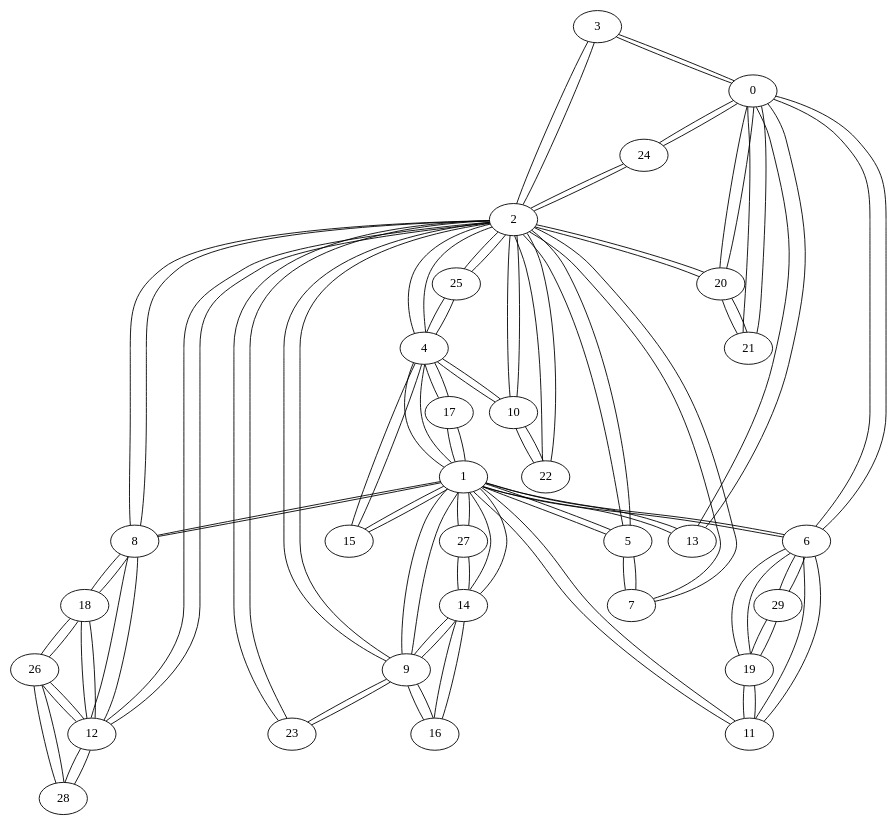
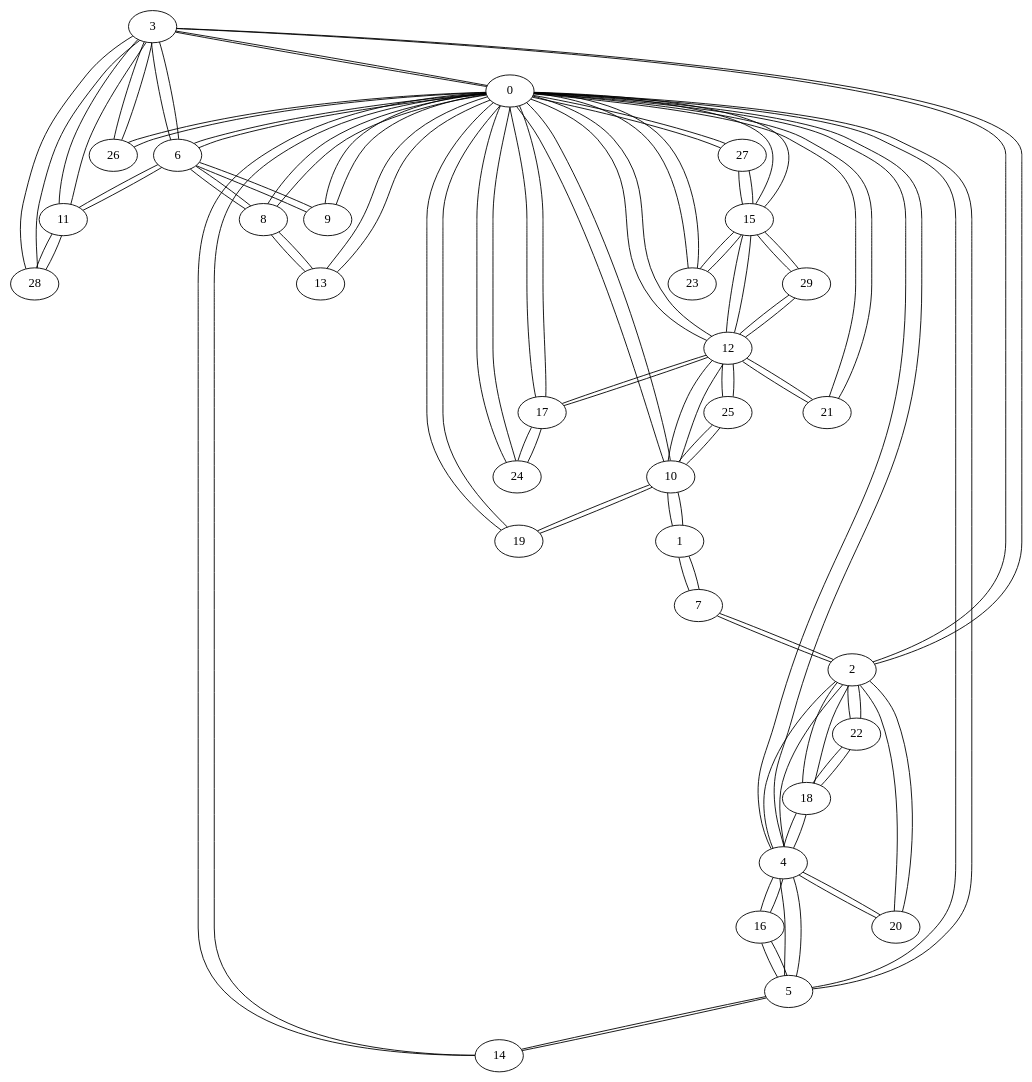
Before and after one commit to GusRojas/Grafos2DAA_A24: the diagram in grafo_dorogov30.gv, drawn with Graphviz. The commit also changed 14 other files, not shown here.

```diff
--- a/grafo_dorogov30.gv
+++ b/grafo_dorogov30.gv
@@ -1,110 +1,110 @@
 graph {
   3 -- 0;
   3 -- 2;
+  3 -- 6;
+  3 -- 11;
+  3 -- 26;
+  3 -- 28;
   0 -- 3;
+  0 -- 4;
+  0 -- 5;
   0 -- 6;
+  0 -- 8;
+  0 -- 9;
+  0 -- 10;
+  0 -- 12;
   0 -- 13;
-  0 -- 20;
+  0 -- 14;
+  0 -- 15;
+  0 -- 17;
+  0 -- 19;
   0 -- 21;
+  0 -- 23;
   0 -- 24;
+  0 -- 26;
+  0 -- 27;
   2 -- 3;
   2 -- 4;
-  2 -- 5;
   2 -- 7;
-  2 -- 8;
-  2 -- 9;
-  2 -- 10;
-  2 -- 12;
+  2 -- 18;
   2 -- 20;
   2 -- 22;
-  2 -- 23;
-  2 -- 24;
-  2 -- 25;
-  4 -- 1;
+  4 -- 0;
   4 -- 2;
-  4 -- 10;
-  4 -- 15;
-  4 -- 17;
-  4 -- 25;
-  1 -- 4;
-  1 -- 5;
-  1 -- 6;
-  1 -- 8;
-  1 -- 9;
-  1 -- 11;
-  1 -- 13;
-  1 -- 14;
-  1 -- 15;
-  1 -- 17;
-  1 -- 27;
-  5 -- 1;
-  5 -- 2;
-  5 -- 7;
+  4 -- 5;
+  4 -- 16;
+  4 -- 18;
+  4 -- 20;
+  5 -- 0;
+  5 -- 4;
+  5 -- 14;
+  5 -- 16;
   6 -- 0;
-  6 -- 1;
+  6 -- 3;
+  6 -- 8;
+  6 -- 9;
   6 -- 11;
-  6 -- 19;
-  6 -- 29;
+  7 -- 1;
   7 -- 2;
-  7 -- 5;
-  8 -- 1;
-  8 -- 2;
-  8 -- 12;
-  8 -- 18;
-  9 -- 1;
-  9 -- 2;
-  9 -- 14;
-  9 -- 16;
-  9 -- 23;
-  10 -- 2;
-  10 -- 4;
-  10 -- 22;
-  11 -- 1;
+  1 -- 7;
+  1 -- 10;
+  8 -- 0;
+  8 -- 6;
+  8 -- 13;
+  9 -- 0;
+  9 -- 6;
+  10 -- 0;
+  10 -- 1;
+  10 -- 12;
+  10 -- 19;
+  10 -- 25;
+  11 -- 3;
   11 -- 6;
-  11 -- 19;
-  12 -- 2;
-  12 -- 8;
-  12 -- 18;
-  12 -- 26;
-  12 -- 28;
+  11 -- 28;
+  12 -- 0;
+  12 -- 10;
+  12 -- 15;
+  12 -- 17;
+  12 -- 21;
+  12 -- 25;
+  12 -- 29;
   13 -- 0;
-  13 -- 1;
-  14 -- 1;
-  14 -- 9;
-  14 -- 16;
-  14 -- 27;
-  15 -- 1;
-  15 -- 4;
-  16 -- 9;
-  16 -- 14;
-  17 -- 1;
-  17 -- 4;
-  18 -- 8;
-  18 -- 12;
-  18 -- 26;
-  19 -- 6;
-  19 -- 11;
-  19 -- 29;
-  20 -- 0;
+  13 -- 8;
+  14 -- 0;
+  14 -- 5;
+  15 -- 0;
+  15 -- 12;
+  15 -- 23;
+  15 -- 27;
+  15 -- 29;
+  16 -- 4;
+  16 -- 5;
+  17 -- 0;
+  17 -- 12;
+  17 -- 24;
+  18 -- 2;
+  18 -- 4;
+  18 -- 22;
+  19 -- 0;
+  19 -- 10;
   20 -- 2;
-  20 -- 21;
+  20 -- 4;
   21 -- 0;
-  21 -- 20;
+  21 -- 12;
   22 -- 2;
-  22 -- 10;
-  23 -- 2;
-  23 -- 9;
+  22 -- 18;
+  23 -- 0;
+  23 -- 15;
   24 -- 0;
-  24 -- 2;
-  25 -- 2;
-  25 -- 4;
-  26 -- 12;
-  26 -- 18;
-  26 -- 28;
-  27 -- 1;
-  27 -- 14;
-  28 -- 12;
-  28 -- 26;
-  29 -- 6;
-  29 -- 19;
+  24 -- 17;
+  25 -- 10;
+  25 -- 12;
+  26 -- 0;
+  26 -- 3;
+  27 -- 0;
+  27 -- 15;
+  28 -- 3;
+  28 -- 11;
+  29 -- 12;
+  29 -- 15;
 }
```
